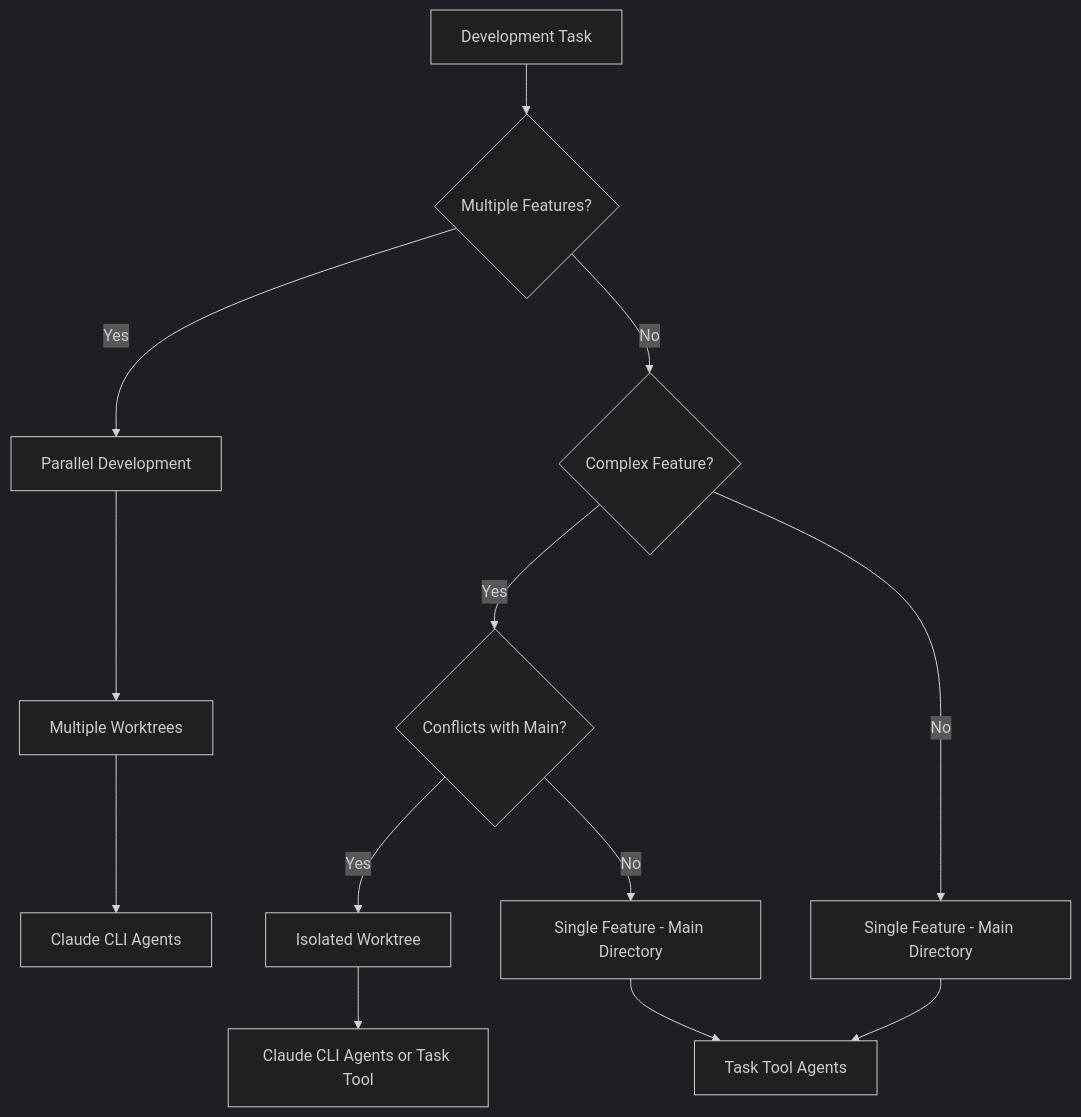
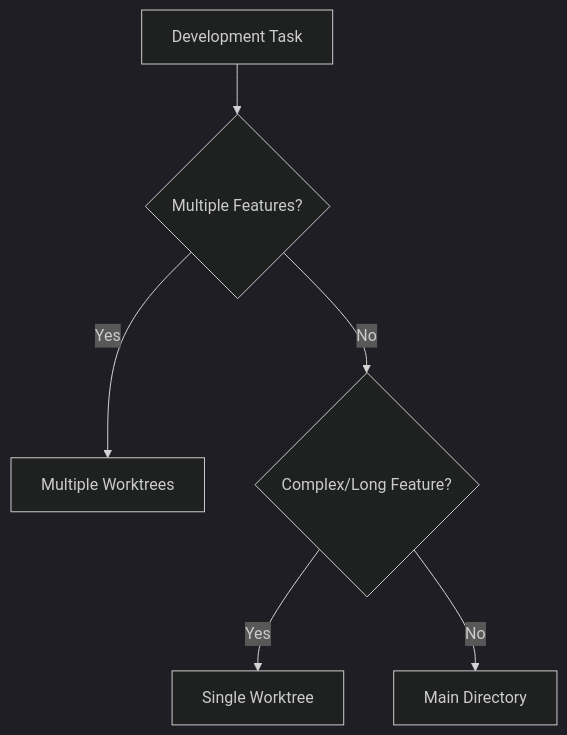
The diagram in docs/development/branching-strategy.md (spiralhouse/cycletime), drawn with Mermaid (dark theme) before and after one commit. The commit also changed other lines of this file and 9 other files, not shown here.

````diff
--- a/docs/development/branching-strategy.md
+++ b/docs/development/branching-strategy.md
@@ -72,15 +36,8 @@
 ```mermaid
 flowchart TD
     A[Development Task] --> B{Multiple Features?}
-    B -->|Yes| C[Parallel Development]
-    B -->|No| D{Complex Feature?}
-    D -->|Yes| E{Conflicts with Main?}
-    D -->|No| F[Single Feature - Main Directory]
-    E -->|Yes| G[Isolated Worktree]
-    E -->|No| H[Single Feature - Main Directory]
-    C --> I[Multiple Worktrees]
-    F --> J[Task Tool Agents]
-    G --> K[Claude CLI Agents or Task Tool]
-    H --> J
-    I --> L[Claude CLI Agents]
+    B -->|Yes| C[Multiple Worktrees]
+    B -->|No| D{Complex/Long Feature?}
+    D -->|Yes| E[Single Worktree]
+    D -->|No| F[Main Directory]
 ```
````
